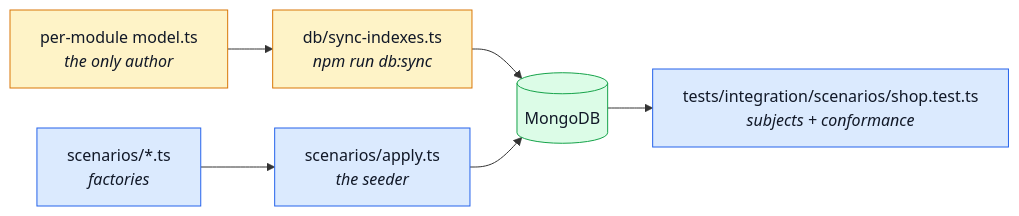
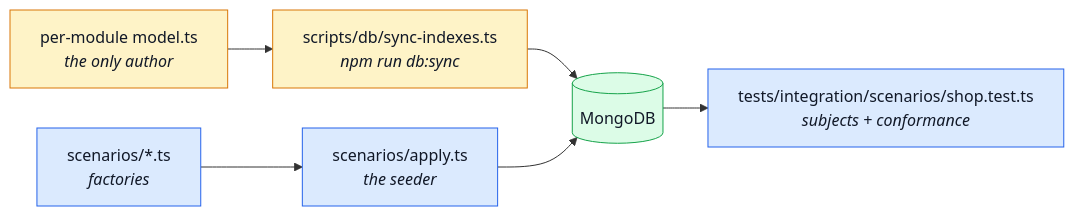
One commit to Guebbit/boilerplate-node-backend changed the first of 2 diagrams in docs/reference/data.md. Above: the diagram before and after it, drawn with Mermaid. The commit also changed other lines of this file and 131 other files, not shown here.

````diff
--- a/docs/reference/data.md
+++ b/docs/reference/data.md
@@ -21,16 +21,16 @@
 ```mermaid
 %%{init: {'flowchart': {'nodeSpacing': 40, 'rankSpacing': 45}}}%%
 flowchart LR
-    Models["per-module model.ts<br/><i>the only author</i>"] --> Sync["db/sync-indexes.ts<br/><i>npm run db:sync</i>"]
+    Models["per-module model.ts<br/><i>the only author</i>"] --> Sync["scripts/db/sync-indexes.ts<br/><i>npm run db:sync</i>"]
     Sync --> Mongo[("MongoDB")]
     Seeds["scenarios/*.ts<br/><i>factories</i>"] --> Index["scenarios/apply.ts<br/><i>the seeder</i>"]
     Index --> Mongo
     Mongo --> Shop["tests/integration/scenarios/shop.test.ts<br/><i>subjects + conformance</i>"]
 
     classDef schema fill:#fef3c7,stroke:#d97706,color:#111827;
     classDef data fill:#dbeafe,stroke:#2563eb,color:#111827;
     classDef store fill:#dcfce7,stroke:#16a34a,color:#111827;
     class Models,Sync schema;
     class Seeds,Index,Shop data;
     class Mongo store;
 ```
````
